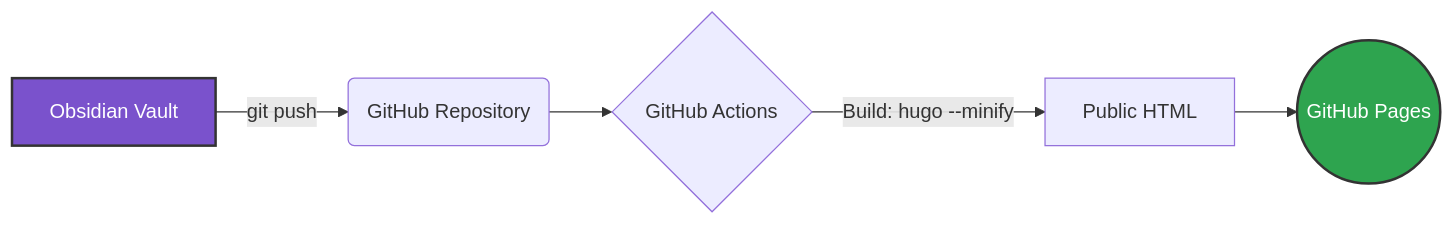
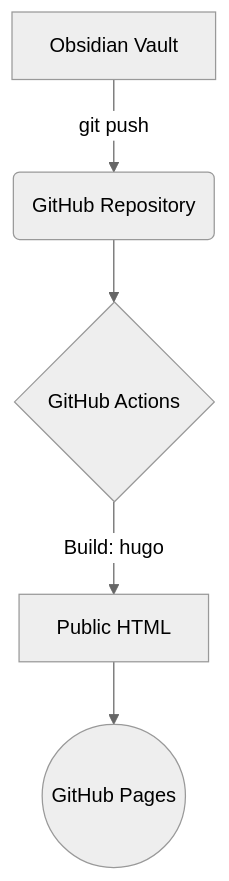
One commit to schmusch/schmusch.github.io changed the diagram in content/projects/portfolio-setup.md. Above: the diagram before and after it, drawn with Mermaid.

Commit message:
Simplify Mermaid diagram to match theme style

```diff
--- a/content/projects/portfolio-setup.md
+++ b/content/projects/portfolio-setup.md
@@ -34,10 +34,8 @@
 {{<mermaid>}}
-graph LR
+%%{init: {'theme': 'neutral'}}%%
+graph TD
     A[Obsidian Vault] -->|git push| B(GitHub Repository)
     B --> C{GitHub Actions}
-    C -->|Build: hugo --minify| D[Public HTML]
+    C -->|Build: hugo| D[Public HTML]
     D --> E((GitHub Pages))
-    
-    style A fill:#7a52cc,stroke:#333,stroke-width:2px,color:#fff
-    style E fill:#2ea44f,stroke:#333,stroke-width:2px,color:#fff
 {{</mermaid>}}
```
